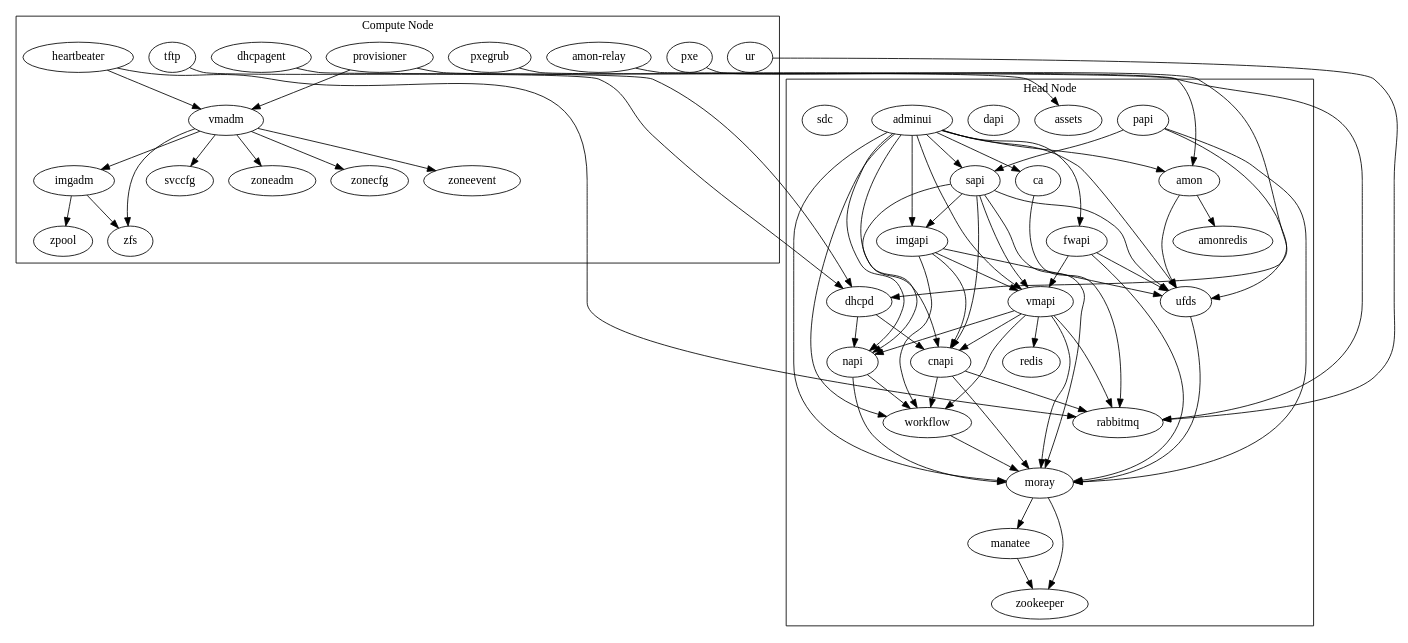
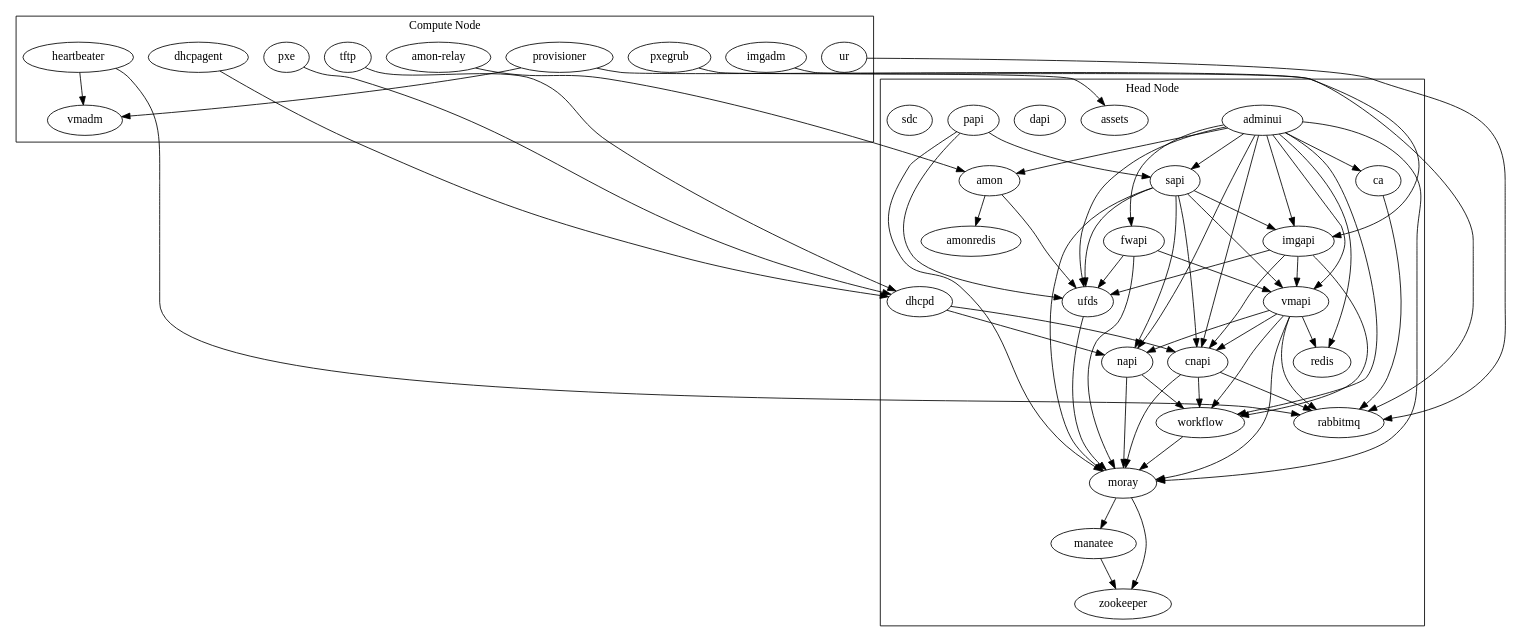
Before and after one commit to TritonDataCenter/sdc-sdc: the diagram in docs/sdc7.gv, drawn with Graphviz.

Commit message:
remove some resolution at the CN level and add missing adminui dependency on redis.

```diff
--- a/docs/sdc7.gv
+++ b/docs/sdc7.gv
@@ -1,80 +1,75 @@
 digraph {
     subgraph cluster_0 {
         label="Head Node";
         adminui -> amon;
         adminui -> ca;
         adminui -> cnapi;
         adminui -> fwapi;
         adminui -> imgapi;
         adminui -> moray;
         adminui -> napi;
+        adminui -> redis;
         adminui -> sapi;
         adminui -> ufds;
         adminui -> vmapi;
         adminui -> workflow;
         amon -> amonredis;
         amon -> ufds;
         assets;
         ca -> rabbitmq;
         cnapi -> moray;
         cnapi -> rabbitmq;
         cnapi -> workflow;
         dapi;
         dhcpd -> cnapi;
         dhcpd -> napi;
         fwapi -> moray;
         fwapi -> ufds;
         fwapi -> vmapi;
         imgapi -> cnapi;
         imgapi -> workflow;
         imgapi -> ufds;
         imgapi -> vmapi;
         manatee -> zookeeper;
         moray -> manatee;
         moray -> zookeeper;
         napi -> moray;
         napi -> workflow;
         papi -> moray;
         papi -> sapi;
         papi -> ufds;
         rabbitmq;
         redis;
         sapi -> cnapi;
         sapi -> imgapi;
         sapi -> moray;
         sapi -> napi;
         sapi -> ufds;
         sapi -> vmapi;
         sdc;
         ufds -> moray;
         vmapi -> cnapi;
         vmapi -> moray;
         vmapi -> napi;
         vmapi -> rabbitmq;
         vmapi -> redis;
         vmapi -> workflow;
         workflow -> moray;
         zookeeper;
     }
     subgraph cluster_1 {
         label="Compute Node";
         "amon-relay" -> amon;
         dhcpagent -> dhcpd;
         heartbeater -> rabbitmq;
         heartbeater -> vmadm;
-        imgadm -> zfs;
-        imgadm -> zpool;
+        imgadm -> imgapi;
         provisioner -> rabbitmq;
         provisioner -> vmadm;
         pxe -> dhcpd;
         pxegrub -> assets;
         tftp -> dhcpd;
         ur -> rabbitmq;
-        vmadm -> imgadm;
-        vmadm -> svccfg;
-        vmadm -> zfs;
-        vmadm -> zoneadm;
-        vmadm -> zonecfg;
-        vmadm -> zoneevent;
+        vmadm;
     }
 }
```
